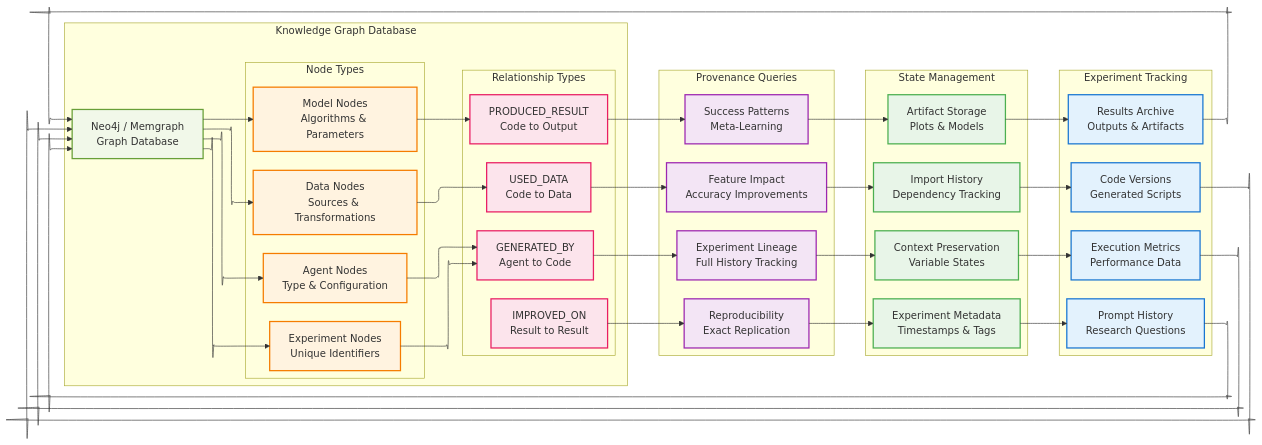
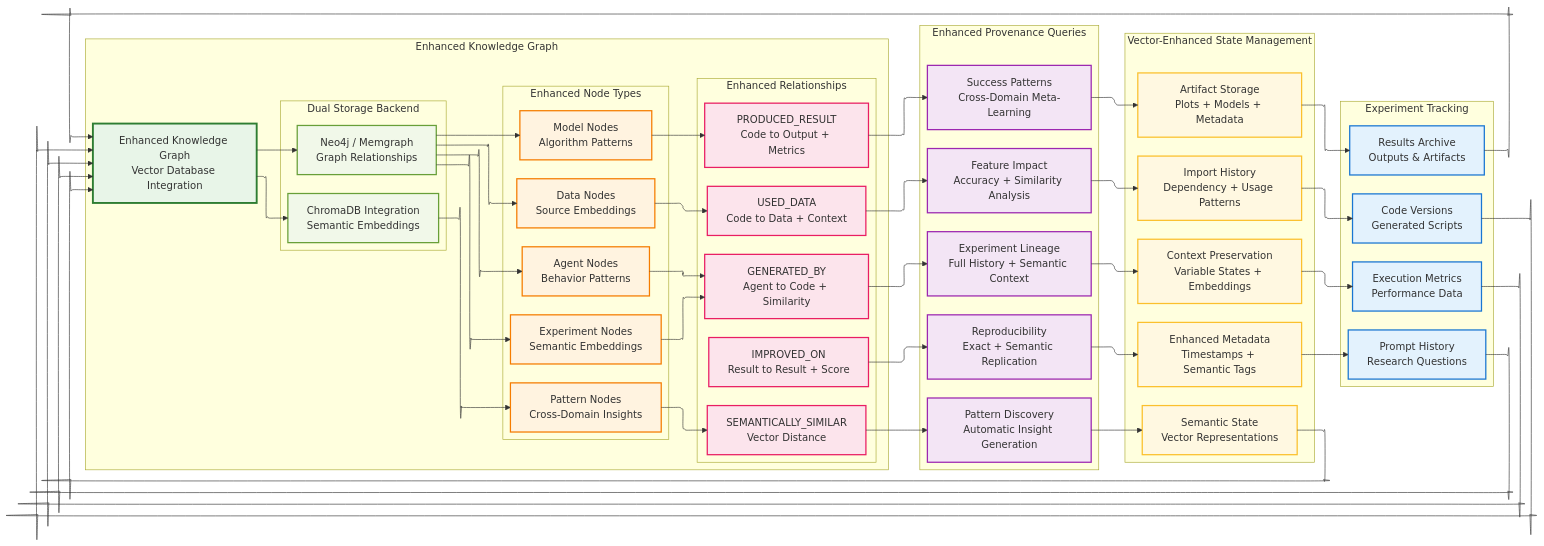
One commit to rljonesiii/datamind changed the sixth of 8 diagrams in docs/architecture_diagrams.md. Above: the diagram before and after it, drawn with Mermaid. The commit also changed other lines of this file and 29 other files, not shown here.

Commit message:
Improvements with addition of vector database and documentation

````diff
--- a/docs/architecture_diagrams.md
+++ b/docs/architecture_diagrams.md
@@ -346,81 +554,100 @@
         RESULTS["Results Archive<br/>Outputs & Artifacts"]
     end
     
-    subgraph "Knowledge Graph Database"
-        NEO4J["Neo4j / Memgraph<br/>Graph Database"]
+    subgraph "Enhanced Knowledge Graph"
+        EKG["Enhanced Knowledge Graph<br/>Vector Database Integration"]
         
-        subgraph "Node Types"
-            EXP_NODE["Experiment Nodes<br/>Unique Identifiers"]
-            AGENT_NODE["Agent Nodes<br/>Type & Configuration"]
-            DATA_NODE["Data Nodes<br/>Sources & Transformations"]
-            MODEL_NODE["Model Nodes<br/>Algorithms & Parameters"]
+        subgraph "Dual Storage Backend"
+            NEO4J["Neo4j / Memgraph<br/>Graph Relationships"]
+            CHROMADB_KG["ChromaDB Integration<br/>Semantic Embeddings"]
         end
         
-        subgraph "Relationship Types"
-            GENERATED["GENERATED_BY<br/>Agent to Code"]
-            USED["USED_DATA<br/>Code to Data"]
-            PRODUCED["PRODUCED_RESULT<br/>Code to Output"]
-            IMPROVED["IMPROVED_ON<br/>Result to Result"]
+        subgraph "Enhanced Node Types"
+            EXP_NODE["Experiment Nodes<br/>Semantic Embeddings"]
+            AGENT_NODE["Agent Nodes<br/>Behavior Patterns"]
+            DATA_NODE["Data Nodes<br/>Source Embeddings"]
+            MODEL_NODE["Model Nodes<br/>Algorithm Patterns"]
+            PATTERN_NODE["Pattern Nodes<br/>Cross-Domain Insights"]
+        end
+        
+        subgraph "Enhanced Relationships"
+            GENERATED["GENERATED_BY<br/>Agent to Code + Similarity"]
+            USED["USED_DATA<br/>Code to Data + Context"]
+            PRODUCED["PRODUCED_RESULT<br/>Code to Output + Metrics"]
+            IMPROVED["IMPROVED_ON<br/>Result to Result + Score"]
+            SIMILAR["SEMANTICALLY_SIMILAR<br/>Vector Distance"]
         end
     end
     
-    subgraph "Provenance Queries"
-        LINEAGE["Experiment Lineage<br/>Full History Tracking"]
-        IMPACT["Feature Impact<br/>Accuracy Improvements"]
-        PATTERNS["Success Patterns<br/>Meta-Learning"]
-        REPRODUCE["Reproducibility<br/>Exact Replication"]
+    subgraph "Enhanced Provenance Queries"
+        LINEAGE["Experiment Lineage<br/>Full History + Semantic Context"]
+        IMPACT["Feature Impact<br/>Accuracy + Similarity Analysis"]
+        PATTERNS["Success Patterns<br/>Cross-Domain Meta-Learning"]
+        REPRODUCE["Reproducibility<br/>Exact + Semantic Replication"]
+        DISCOVER["Pattern Discovery<br/>Automatic Insight Generation"]
     end
     
-    subgraph "State Management"
-        CONTEXT["Context Preservation<br/>Variable States"]
-        IMPORTS["Import History<br/>Dependency Tracking"]
-        ARTIFACTS["Artifact Storage<br/>Plots & Models"]
-        METADATA["Experiment Metadata<br/>Timestamps & Tags"]
+    subgraph "Vector-Enhanced State Management"
+        CONTEXT["Context Preservation<br/>Variable States + Embeddings"]
+        IMPORTS["Import History<br/>Dependency + Usage Patterns"]
+        ARTIFACTS["Artifact Storage<br/>Plots + Models + Metadata"]
+        METADATA["Enhanced Metadata<br/>Timestamps + Semantic Tags"]
+        SEMANTIC_STATE["Semantic State<br/>Vector Representations"]
     end
     
     %% Data flow connections
-    PROMPT --> NEO4J
-    CODE --> NEO4J
-    EXEC --> NEO4J
-    RESULTS --> NEO4J
+    PROMPT --> EKG
+    CODE --> EKG
+    EXEC --> EKG
+    RESULTS --> EKG
+    
+    EKG --> NEO4J
+    EKG --> CHROMADB_KG
     
     NEO4J --> EXP_NODE
     NEO4J --> AGENT_NODE
     NEO4J --> DATA_NODE
     NEO4J --> MODEL_NODE
+    CHROMADB_KG --> PATTERN_NODE
     
     EXP_NODE --> GENERATED
     AGENT_NODE --> GENERATED
     DATA_NODE --> USED
     MODEL_NODE --> PRODUCED
+    PATTERN_NODE --> SIMILAR
     
     GENERATED --> LINEAGE
     USED --> IMPACT
     PRODUCED --> PATTERNS
     IMPROVED --> REPRODUCE
+    SIMILAR --> DISCOVER
     
     LINEAGE --> CONTEXT
     IMPACT --> IMPORTS
     PATTERNS --> ARTIFACTS
     REPRODUCE --> METADATA
+    DISCOVER --> SEMANTIC_STATE
     
     CONTEXT --> EXEC
     IMPORTS --> CODE
     ARTIFACTS --> RESULTS
     METADATA --> PROMPT
+    SEMANTIC_STATE --> EKG
     
     %% Styling
     classDef tracking fill:#e3f2fd,stroke:#1976d2,stroke-width:2px
-    classDef database fill:#f1f8e9,stroke:#689f38,stroke-width:2px
+    classDef enhanced fill:#e8f5e8,stroke:#2e7d32,stroke-width:3px
+    classDef storage fill:#f1f8e9,stroke:#689f38,stroke-width:2px
     classDef nodes fill:#fff3e0,stroke:#f57c00,stroke-width:2px
     classDef relationships fill:#fce4ec,stroke:#e91e63,stroke-width:2px
     classDef queries fill:#f3e5f5,stroke:#9c27b0,stroke-width:2px
-    classDef state fill:#e8f5e8,stroke:#4caf50,stroke-width:2px
+    classDef state fill:#fff8e1,stroke:#fbc02d,stroke-width:2px
     
     class PROMPT,CODE,EXEC,RESULTS tracking
-    class NEO4J database
-    class EXP_NODE,AGENT_NODE,DATA_NODE,MODEL_NODE nodes
-    class GENERATED,USED,PRODUCED,IMPROVED relationships
-    class LINEAGE,IMPACT,PATTERNS,REPRODUCE queries
-    class CONTEXT,IMPORTS,ARTIFACTS,METADATA state
+    class EKG enhanced
+    class NEO4J,CHROMADB_KG storage
+    class EXP_NODE,AGENT_NODE,DATA_NODE,MODEL_NODE,PATTERN_NODE nodes
+    class GENERATED,USED,PRODUCED,IMPROVED,SIMILAR relationships
+    class LINEAGE,IMPACT,PATTERNS,REPRODUCE,DISCOVER queries
+    class CONTEXT,IMPORTS,ARTIFACTS,METADATA,SEMANTIC_STATE state
 ```
````
